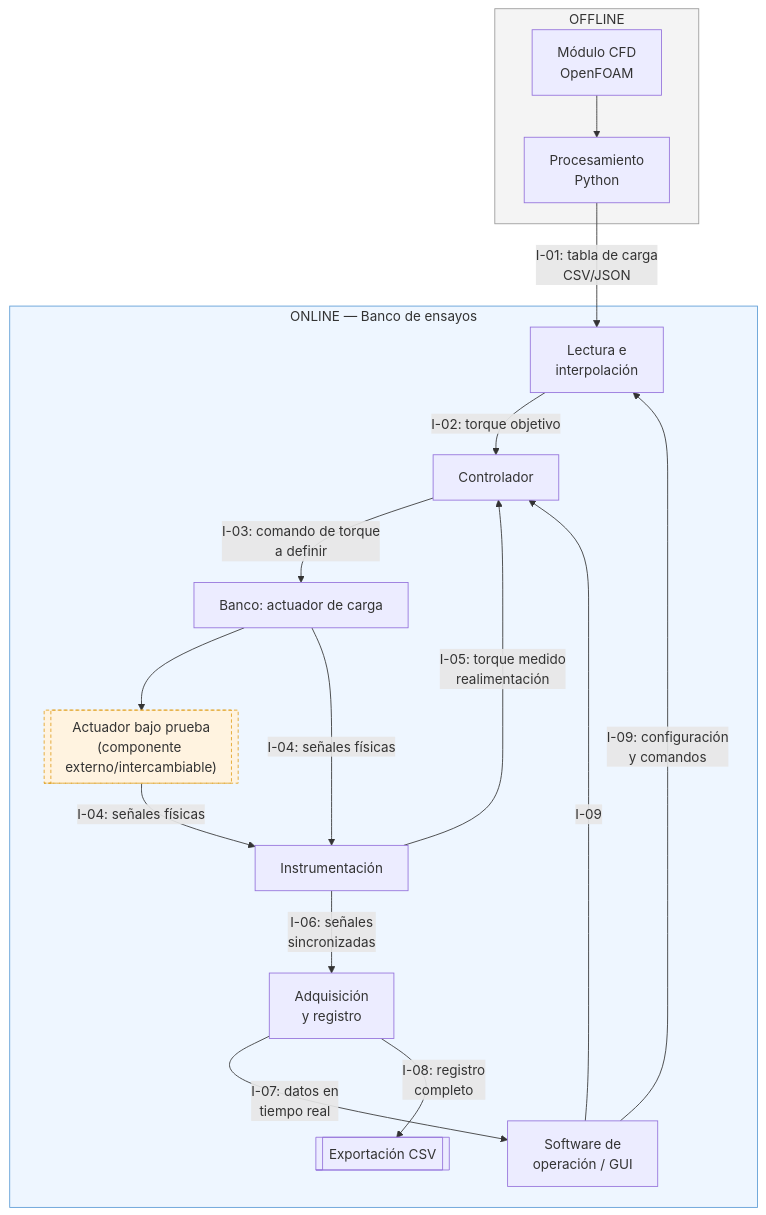
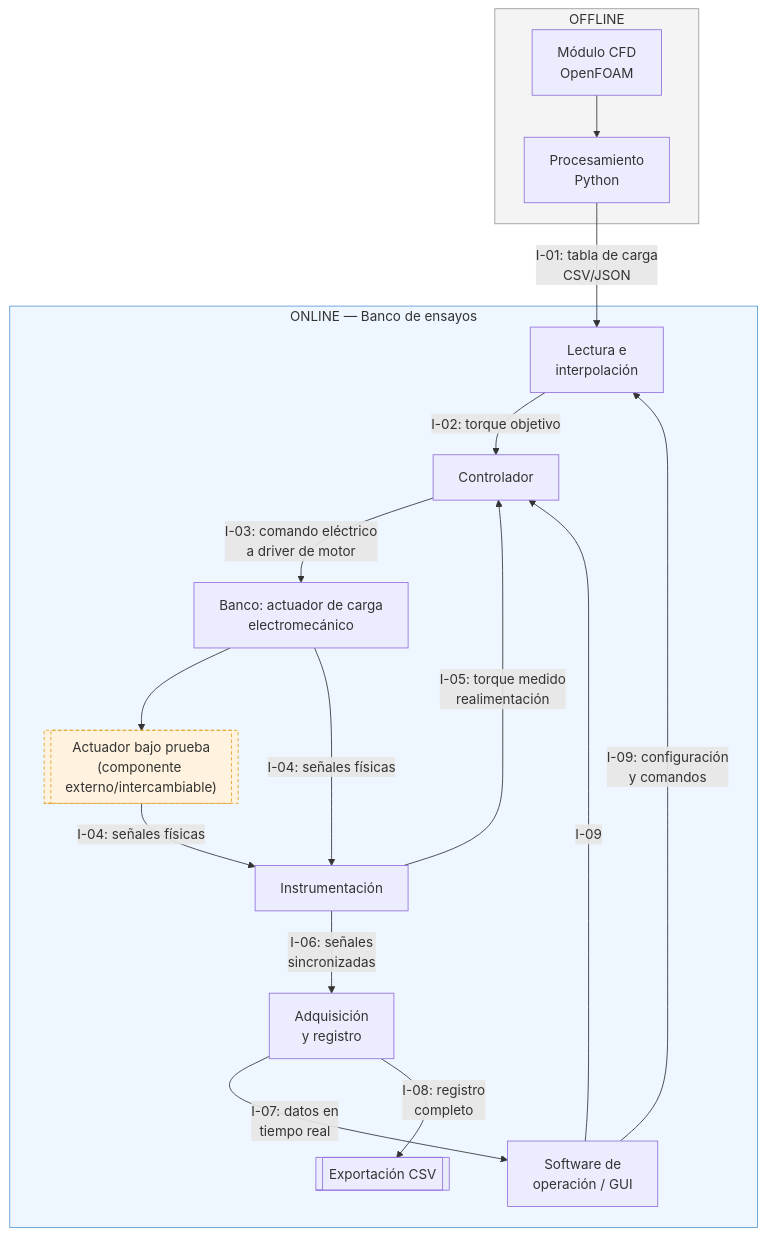
Before and after one commit to Pepe7150/Memoria: the second of 2 diagrams in 03_Requisitos/05_Arquitectura_del_Sistema.md, drawn with Mermaid. The commit also changed other lines of this file and 3 other files, not shown here.

Commit message:
Se agregan los documentos de selección de actuador de carga y valores de referencia de literatura análoga. En consecuencia, se actualizan los documentos de requisitos no funcionales y arquitectura del sistema para reflejar estos cambios.

````diff
--- a/03_Requisitos/05_Arquitectura_del_Sistema.md
+++ b/03_Requisitos/05_Arquitectura_del_Sistema.md
@@ -119,36 +120,36 @@
 ```mermaid
 flowchart TB
     subgraph OFF["OFFLINE"]
         CFD[Módulo CFD<br/>OpenFOAM]
         PROC[Procesamiento<br/>Python]
         CFD --> PROC
     end
 
     PROC -->|I-01: tabla de carga<br/>CSV/JSON| INT
 
     subgraph ON["ONLINE — Banco de ensayos"]
         INT[Lectura e<br/>interpolación]
         CTRL[Controlador]
-        BANCO[Banco: actuador de carga]
+        BANCO[Banco: actuador de carga<br/>electromecánico]
         ACT[["Actuador bajo prueba<br/>(componente externo/intercambiable)"]]
         INSTR[Instrumentación]
         DAQ[Adquisición<br/>y registro]
         UI[Software de<br/>operación / GUI]
 
         INT -->|I-02: torque objetivo| CTRL
-        CTRL -->|I-03: comando de torque<br/>a definir| BANCO
+        CTRL -->|I-03: comando eléctrico<br/>a driver de motor| BANCO
         BANCO --> ACT
         ACT -->|I-04: señales físicas| INSTR
         BANCO -->|I-04: señales físicas| INSTR
         INSTR -->|I-05: torque medido<br/>realimentación| CTRL
         INSTR -->|I-06: señales<br/>sincronizadas| DAQ
         DAQ -->|I-07: datos en<br/>tiempo real| UI
         DAQ -->|I-08: registro<br/>completo| EXP[[Exportación CSV]]
         UI -->|I-09: configuración<br/>y comandos| INT
         UI -->|I-09| CTRL
     end
 
     style OFF fill:#f4f4f4,stroke:#999
     style ON fill:#eef6ff,stroke:#5b9bd5
     style ACT fill:#fff3e0,stroke:#e0a020,stroke-dasharray: 4 3
 ```
````
